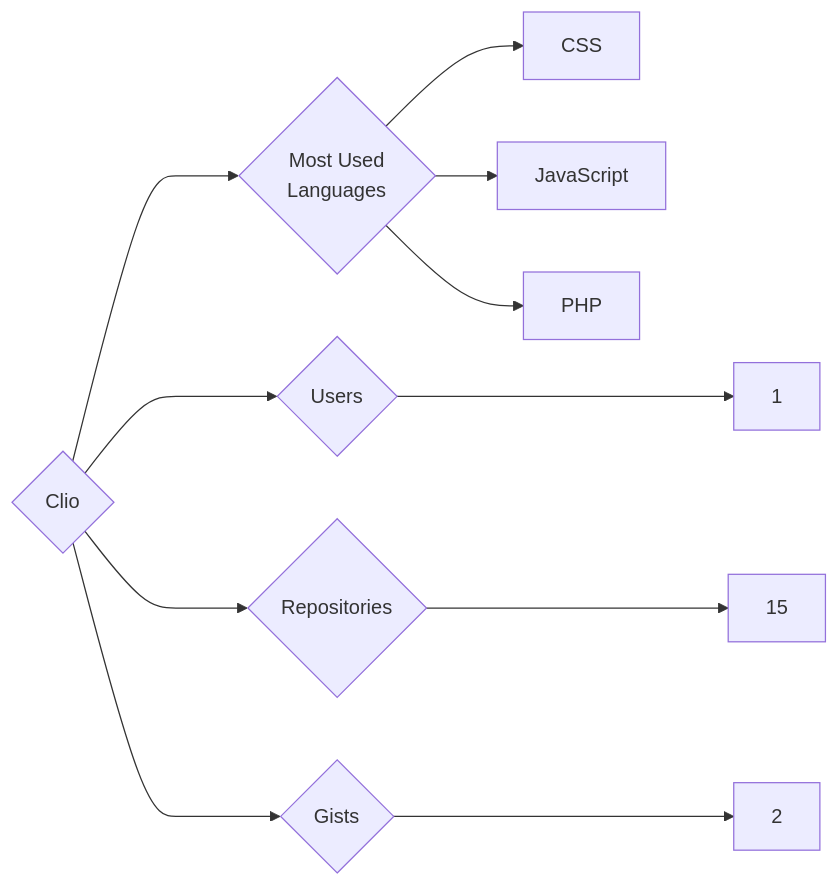
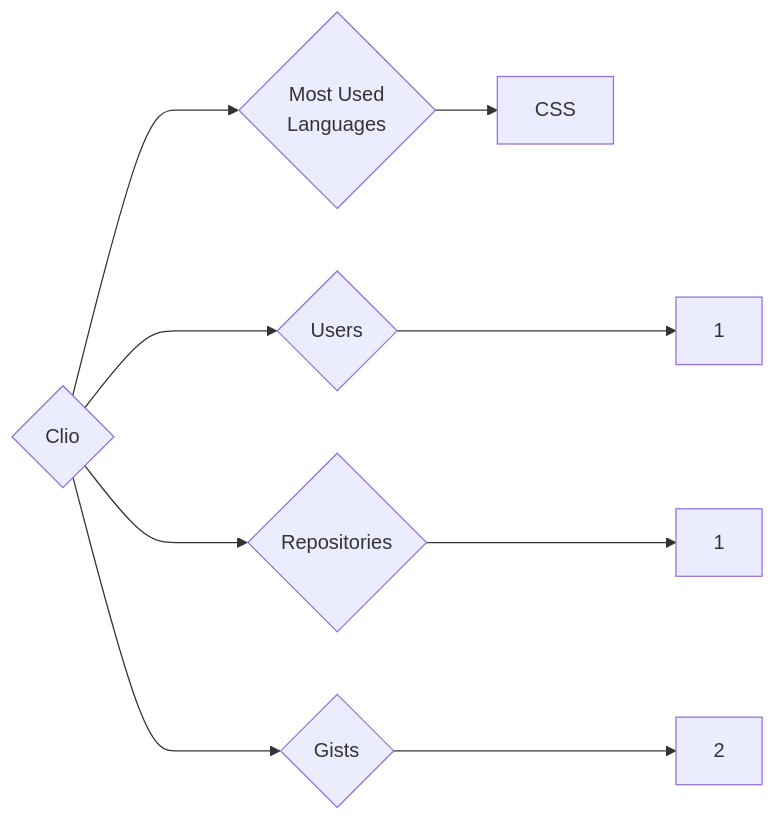
Before and after one commit to trickest/insiders: the diagram in targets/Clio/README.md, drawn with Mermaid. The commit also changed 859 other files, not shown here.

````diff
--- a/targets/Clio/README.md
+++ b/targets/Clio/README.md
@@ -3,11 +3,9 @@
 ```mermaid
 graph LR
 COMPANY_NAME{Clio}
 COMPANY_NAME ---> U{Users} ---> UN[1]
-COMPANY_NAME ---> R{Repositories} ---> RN[15]
+COMPANY_NAME ---> R{Repositories} ---> RN[1]
 COMPANY_NAME ---> G{Gists} ---> GN[2]
 COMPANY_NAME ---> ML{Most Used<br>Languages}
 ML --> CSS[CSS]
-ML --> JavaScript[JavaScript]
-ML --> PHP[PHP]
 ```
````
